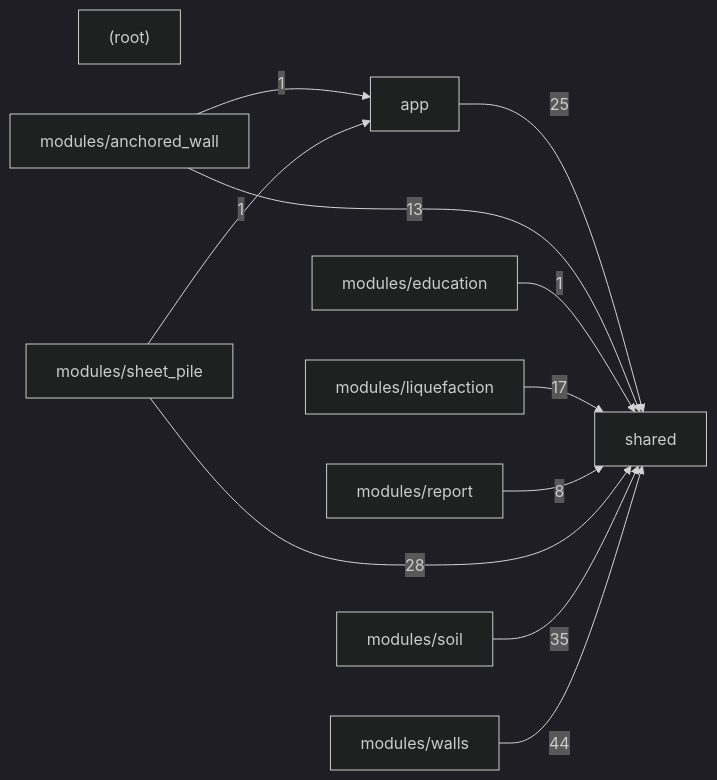
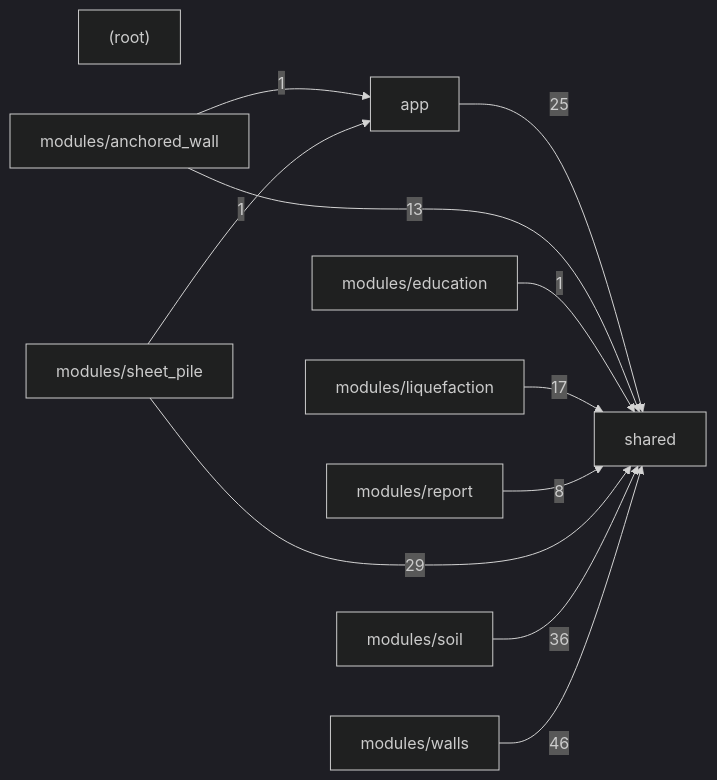
One commit to umutsertkaya/Foundation_Engineering_Program changed the second of 2 diagrams in docs/CODE_MAP.md. Above: the diagram before and after it, drawn with Mermaid (dark theme). The commit also changed other lines of this file and 23 other files, not shown here.

First line of the commit message:
Walls: shear key input, section drawing, results and report (G4); sheet pile diagrams; report labels; GWT guidance on import

````diff
--- a/docs/CODE_MAP.md
+++ b/docs/CODE_MAP.md
@@ -611,23 +611,23 @@
 ```mermaid
 graph LR
   _root_["(root)"]
   app["app"]
   modules_anchored_wall["modules/anchored_wall"]
   modules_education["modules/education"]
   modules_liquefaction["modules/liquefaction"]
   modules_report["modules/report"]
   modules_sheet_pile["modules/sheet_pile"]
   modules_soil["modules/soil"]
   modules_walls["modules/walls"]
   shared["shared"]
   app -->|25| shared
   modules_anchored_wall -->|1| app
   modules_anchored_wall -->|13| shared
   modules_education -->|1| shared
   modules_liquefaction -->|17| shared
   modules_report -->|8| shared
   modules_sheet_pile -->|1| app
-  modules_sheet_pile -->|28| shared
-  modules_soil -->|35| shared
-  modules_walls -->|44| shared
+  modules_sheet_pile -->|29| shared
+  modules_soil -->|36| shared
+  modules_walls -->|46| shared
 ```
````
